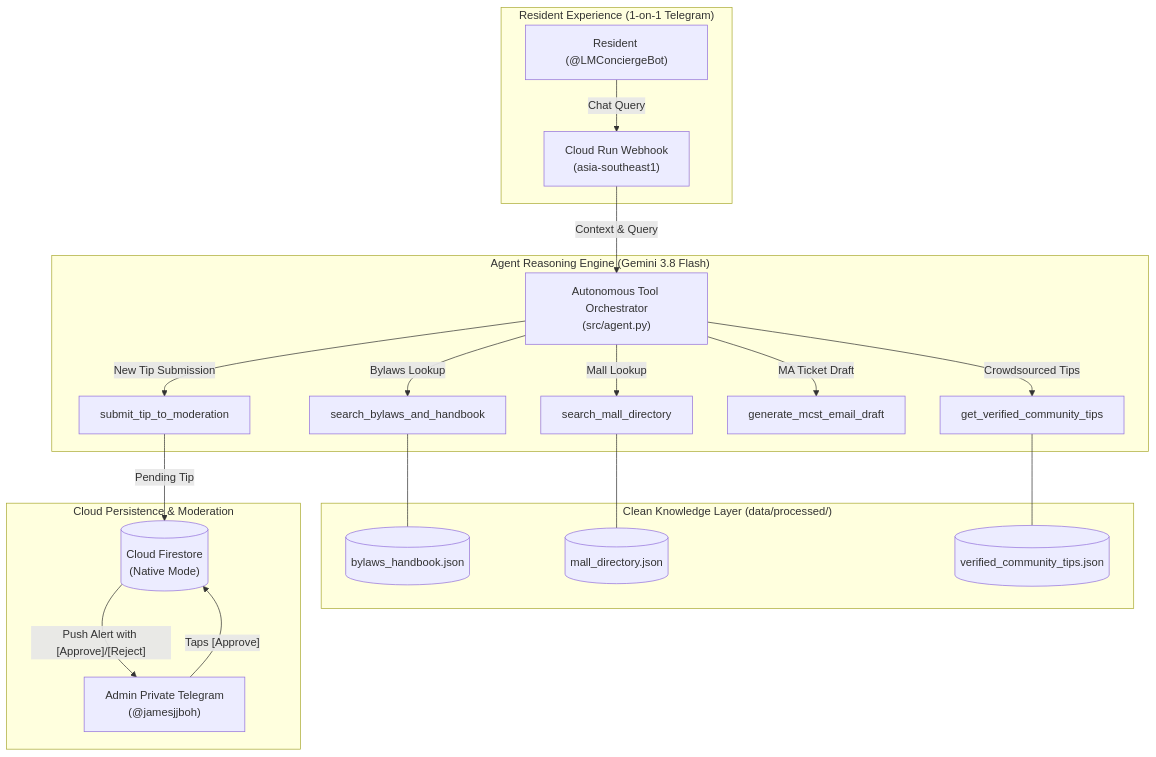
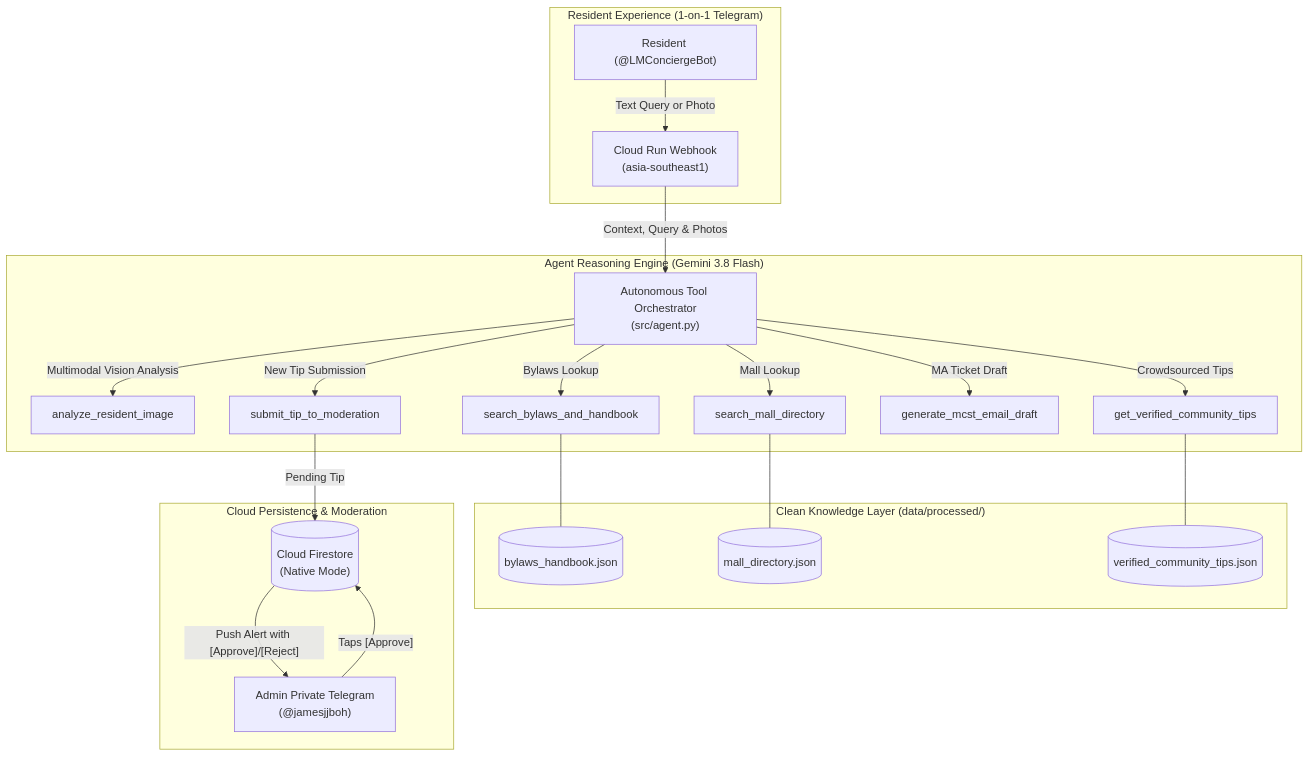
The diagram in README.md (Jamesjjboh/Lentor-Modern-Concierge), drawn with Mermaid before and after one commit. The commit also changed other lines of this file and 5 other files, not shown here.

Commit message:
feat(release): v1.1.0 - multimodal image tips and refined onboarding

````diff
--- a/README.md
+++ b/README.md
@@ -28,27 +28,28 @@
 ```mermaid
 flowchart TD
     subgraph ResidentExperience["Resident Experience (1-on-1 Telegram)"]
-        User["Resident (@LMConciergeBot)"] -->|"Chat Query"| Webhook["Cloud Run Webhook<br/>(asia-southeast1)"]
+        User["Resident (@LMConciergeBot)"] -->|"Text Query or Photo"| Webhook["Cloud Run Webhook<br/>(asia-southeast1)"]
     end
 
     subgraph AgentCore["Agent Reasoning Engine (Gemini 3.8 Flash)"]
-        Webhook -->|"Context & Query"| Agent["Autonomous Tool Orchestrator<br/>(src/agent.py)"]
+        Webhook -->|"Context, Query & Photos"| Agent["Autonomous Tool Orchestrator<br/>(src/agent.py)"]
+        Agent -->|"Multimodal Vision Analysis"| Vision["analyze_resident_image"]
         Agent -->|"Bylaws Lookup"| Tool1["search_bylaws_and_handbook"]
         Agent -->|"Mall Lookup"| Tool2["search_mall_directory"]
         Agent -->|"Crowdsourced Tips"| Tool3["get_verified_community_tips"]
         Agent -->|"MA Ticket Draft"| Tool4["generate_mcst_email_draft"]
         Agent -->|"New Tip Submission"| Tool5["submit_tip_to_moderation"]
     end
 
     subgraph KnowledgeData["Clean Knowledge Layer (data/processed/)"]
         Tool1 --- K1[("bylaws_handbook.json")]
         Tool2 --- K2[("mall_directory.json")]
         Tool3 --- K3[("verified_community_tips.json")]
     end
 
     subgraph DatabaseLayer["Cloud Persistence & Moderation"]
         Tool5 -->|"Pending Tip"| Firestore[("Cloud Firestore<br/>(Native Mode)")]
         Firestore -->|"Push Alert with [Approve]/[Reject]"| Admin["Admin Private Telegram<br/>(@jamesjjboh)"]
         Admin -->|"Taps [Approve]"| Firestore
     end
 ```
````
